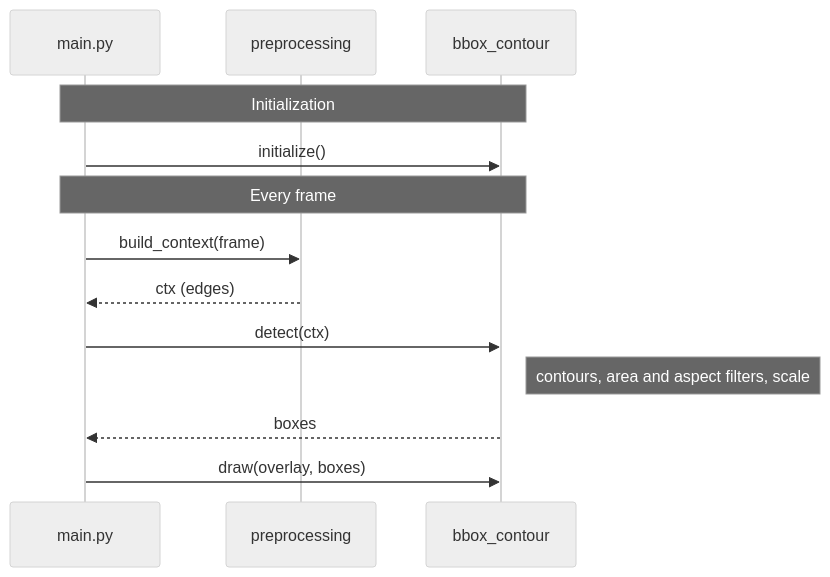
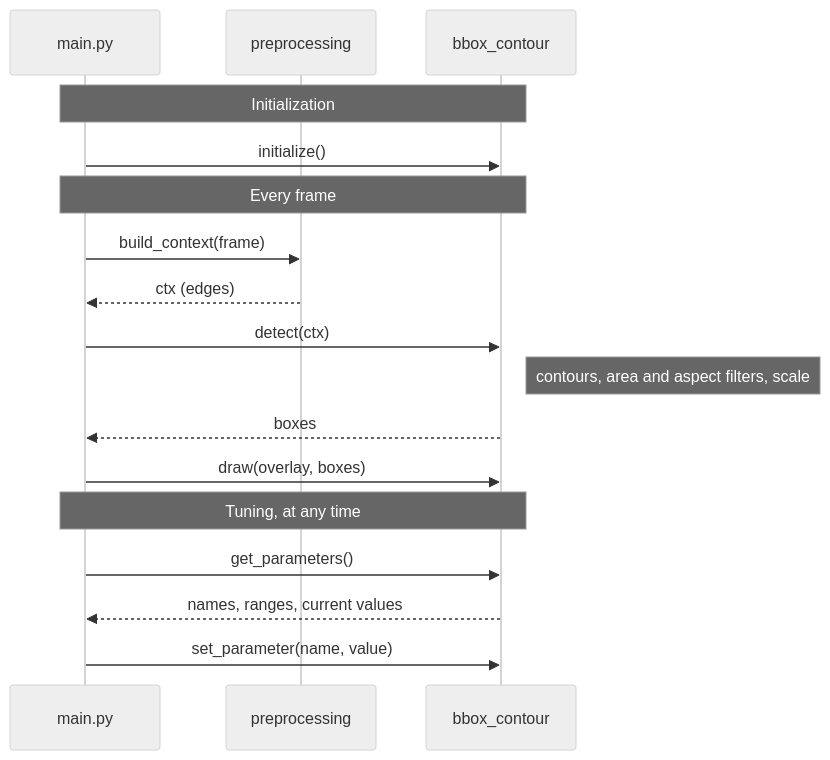
One commit to ToCap/MindstormObjectDetection changed the diagram in MID/MID/bbox_standard_contour.md. Above: the diagram before and after it, drawn with Mermaid (neutral theme). The commit also changed other lines of this file and 1 other file, not shown here.

Commit message:
feat: Support tunable parameters

````diff
--- a/MID/MID/bbox_standard_contour.md
+++ b/MID/MID/bbox_standard_contour.md
@@ -140,17 +188,22 @@
 ```mermaid
 sequenceDiagram
     participant M as main.py
     participant P as preprocessing
     participant B as bbox_contour
 
     Note over M,B: Initialization
     M->>B: initialize()
 
     Note over M,B: Every frame
     M->>P: build_context(frame)
     P-->>M: ctx (edges)
     M->>B: detect(ctx)
     Note right of B: contours, area and aspect filters, scale
     B-->>M: boxes
     M->>B: draw(overlay, boxes)
+
+    Note over M,B: Tuning, at any time
+    M->>B: get_parameters()
+    B-->>M: names, ranges, current values
+    M->>B: set_parameter(name, value)
 ```
````
